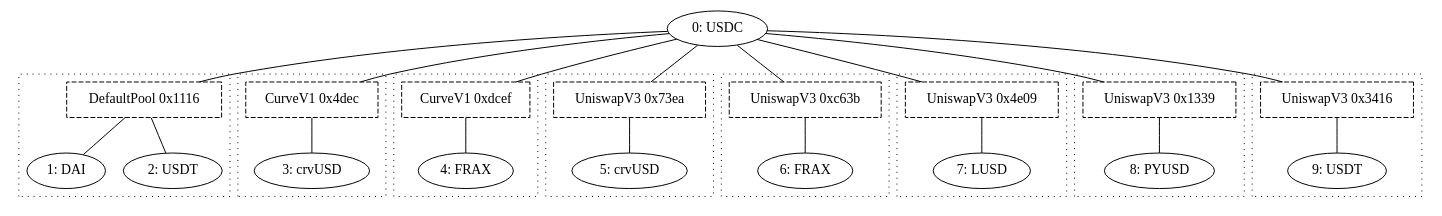
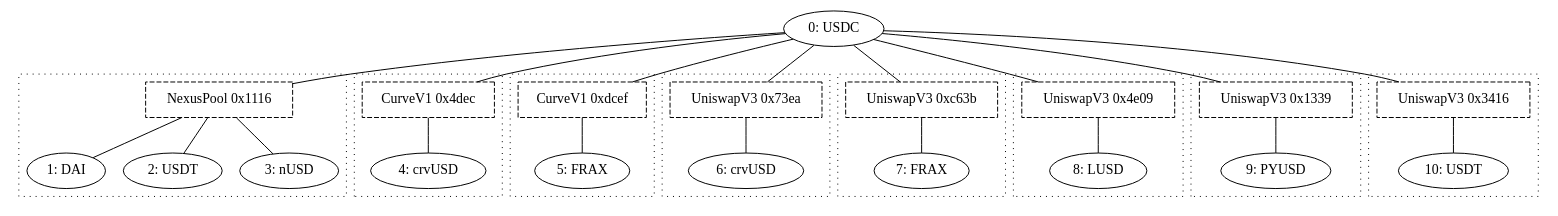
Before and after one commit to synapsecns/synapse-contracts: the diagram in script/configs/mainnet/LinkedPool.CCTP.USDC.dot, drawn with Graphviz. The commit also changed 2 other files, not shown here.

Commit message:
Regenerate LinkedPool config using a new module

```diff
--- a/script/configs/mainnet/LinkedPool.CCTP.USDC.dot
+++ b/script/configs/mainnet/LinkedPool.CCTP.USDC.dot
@@ -1,101 +1,104 @@
 graph G {
     token0 [label = "0: USDC";];
     token1 [label = "1: DAI";];
     token2 [label = "2: USDT";];
-    token3 [label = "3: crvUSD";];
-    token4 [label = "4: FRAX";];
-    token5 [label = "5: crvUSD";];
-    token6 [label = "6: FRAX";];
-    token7 [label = "7: LUSD";];
-    token8 [label = "8: PYUSD";];
-    token9 [label = "9: USDT";];
-    pool0 [label = "DefaultPool 0x1116";shape = rect;style = dashed;];
+    token3 [label = "3: nUSD";];
+    token4 [label = "4: crvUSD";];
+    token5 [label = "5: FRAX";];
+    token6 [label = "6: crvUSD";];
+    token7 [label = "7: FRAX";];
+    token8 [label = "8: LUSD";];
+    token9 [label = "9: PYUSD";];
+    token10 [label = "10: USDT";];
+    pool0 [label = "NexusPool 0x1116";shape = rect;style = dashed;];
     token0 -- pool0;
     subgraph cluster0 {
         style = dotted;
         pool0 -- token1;
         pool0 -- token2;
+        pool0 -- token3;
         subgraph {
             rank = same;
             edge [style = invis;];
             token1 -- token2;
+            token2 -- token3;
         }
     }
     pool1 [label = "CurveV1 0x4dec";shape = rect;style = dashed;];
     token0 -- pool1;
     subgraph cluster1 {
         style = dotted;
-        pool1 -- token3;
+        pool1 -- token4;
         subgraph {
             rank = same;
             edge [style = invis;];
-            token3;
+            token4;
         }
     }
     pool2 [label = "CurveV1 0xdcef";shape = rect;style = dashed;];
     token0 -- pool2;
     subgraph cluster2 {
         style = dotted;
-        pool2 -- token4;
+        pool2 -- token5;
         subgraph {
             rank = same;
             edge [style = invis;];
-            token4;
+            token5;
         }
     }
     pool3 [label = "UniswapV3 0x73ea";shape = rect;style = dashed;];
     token0 -- pool3;
     subgraph cluster3 {
         style = dotted;
-        pool3 -- token5;
+        pool3 -- token6;
         subgraph {
             rank = same;
             edge [style = invis;];
-            token5;
+            token6;
         }
     }
     pool4 [label = "UniswapV3 0xc63b";shape = rect;style = dashed;];
     token0 -- pool4;
     subgraph cluster4 {
         style = dotted;
-        pool4 -- token6;
+        pool4 -- token7;
         subgraph {
             rank = same;
             edge [style = invis;];
-            token6;
+            token7;
         }
     }
     pool5 [label = "UniswapV3 0x4e09";shape = rect;style = dashed;];
     token0 -- pool5;
     subgraph cluster5 {
         style = dotted;
-        pool5 -- token7;
+        pool5 -- token8;
         subgraph {
             rank = same;
             edge [style = invis;];
-            token7;
+            token8;
         }
     }
     pool6 [label = "UniswapV3 0x1339";shape = rect;style = dashed;];
     token0 -- pool6;
     subgraph cluster6 {
         style = dotted;
-        pool6 -- token8;
+        pool6 -- token9;
         subgraph {
             rank = same;
             edge [style = invis;];
-            token8;
+            token9;
         }
     }
     pool7 [label = "UniswapV3 0x3416";shape = rect;style = dashed;];
     token0 -- pool7;
     subgraph cluster7 {
         style = dotted;
-        pool7 -- token9;
+        pool7 -- token10;
         subgraph {
             rank = same;
             edge [style = invis;];
-            token9;
+            token10;
         }
     }
 }
```
